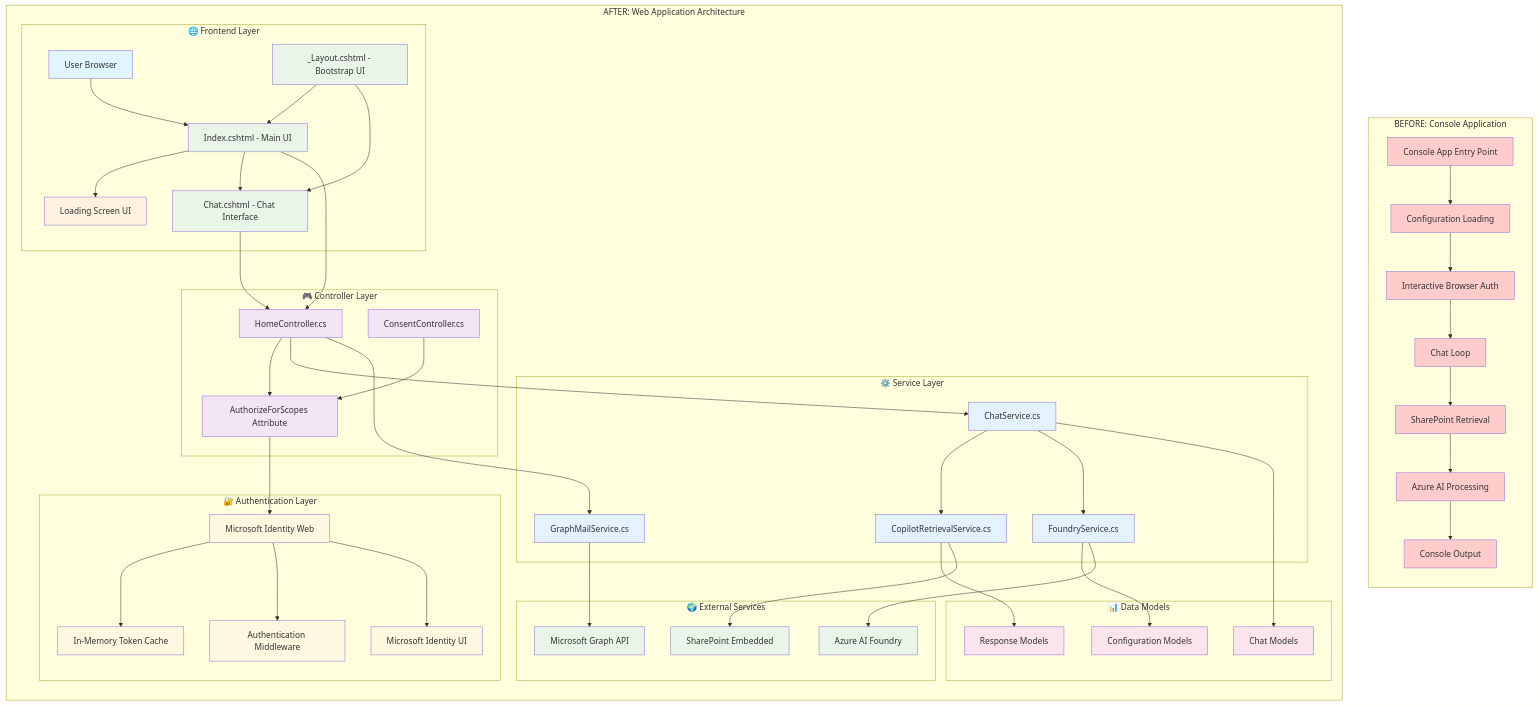
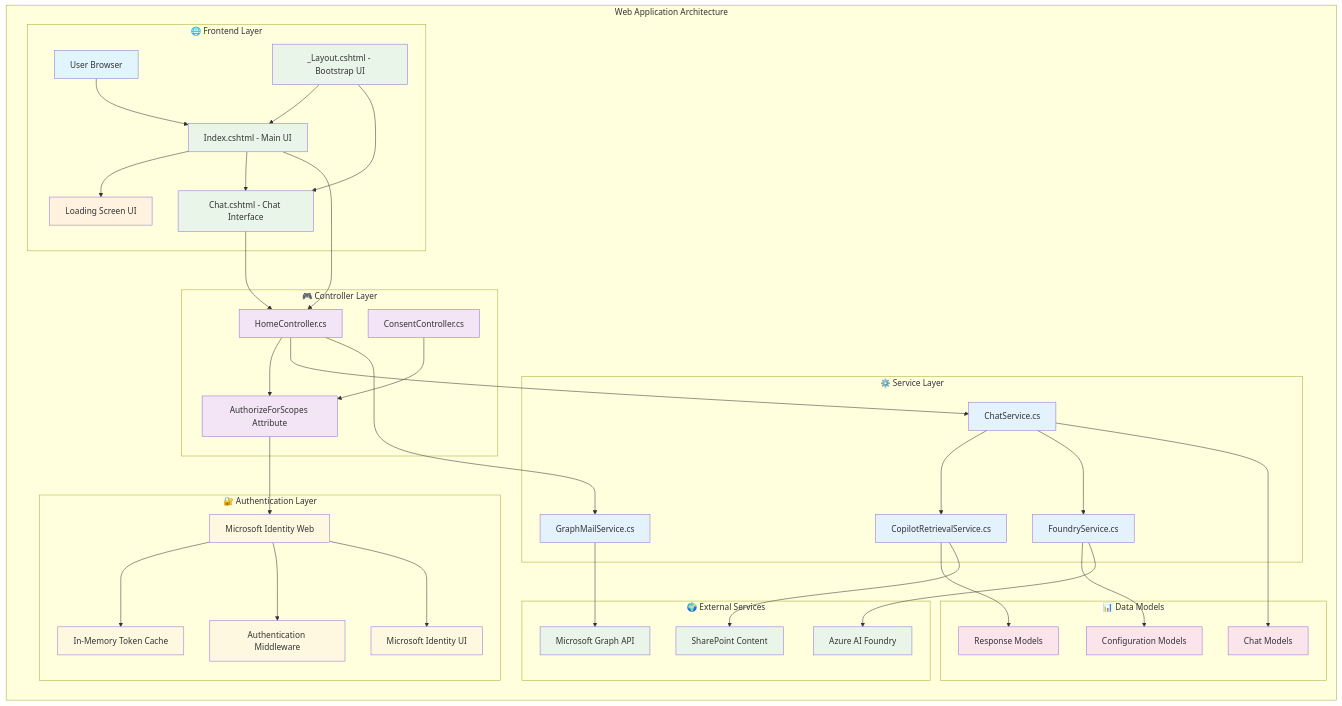
Before and after one commit to tmarwendo-microsoft/SPAgentWithRetrieval: the first of 2 diagrams in ARCHITECTURE.md, drawn with Mermaid. The commit also changed other lines of this file and 1 other file, not shown here.

Commit message:
Update REAADME.md and ARCHITECTURE.md

````diff
--- a/ARCHITECTURE.md
+++ b/ARCHITECTURE.md
@@ -11,25 +11,6 @@
 ```mermaid
 graph TB
-    subgraph "BEFORE: Console Application"
-        direction TB
-        CA[Console App Entry Point]
-        CA --> CAConfig[Configuration Loading]
-        CAConfig --> CAAuth[Interactive Browser Auth]
-        CAAuth --> CAChat[Chat Loop]
-        CAChat --> CARetrieval[SharePoint Retrieval]
-        CARetrieval --> CAAI[Azure AI Processing]
-        CAAI --> CAOutput[Console Output]
-        
-        style CA fill:#ffcccc
-        style CAConfig fill:#ffcccc
-        style CAAuth fill:#ffcccc
-        style CAChat fill:#ffcccc
-        style CARetrieval fill:#ffcccc
-        style CAAI fill:#ffcccc
-        style CAOutput fill:#ffcccc
-    end
-
-    subgraph "AFTER: Web Application Architecture"
+    subgraph "Web Application Architecture"
         direction TB
         
         subgraph "🌐 Frontend Layer"
@@ -92,7 +73,7 @@
         end
         
         subgraph "🌍 External Services"
-            SharePoint[SharePoint Embedded]
+            SharePoint[SharePoint Content]
             AzureAI[Azure AI Foundry]
             MSGraph[Microsoft Graph API]
             
````
